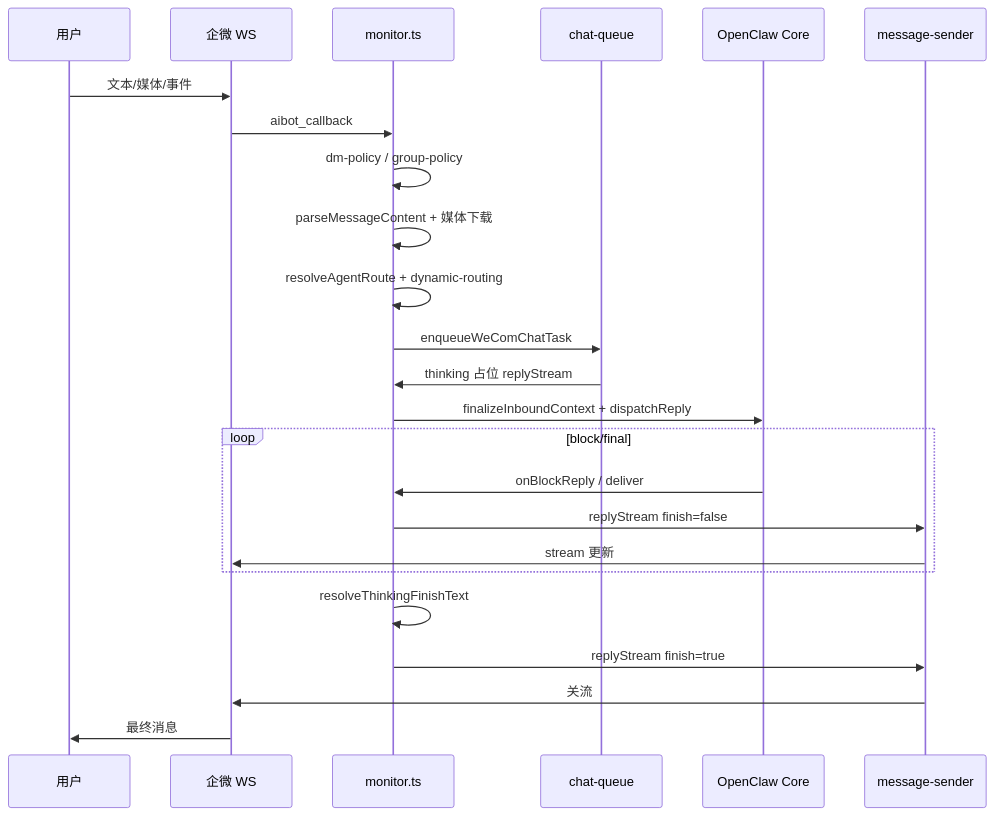
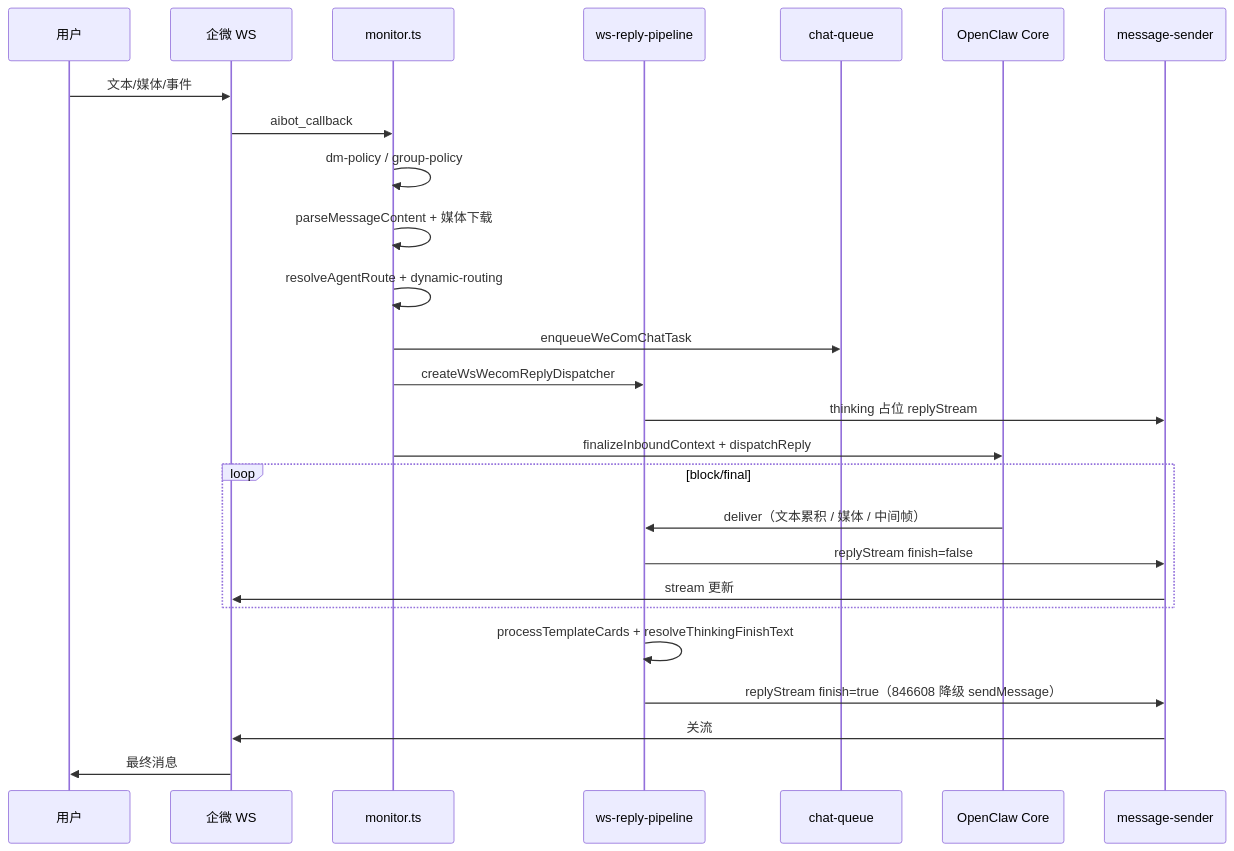
Before and after one commit to partme-ai/openclaw-plugins: the second of 4 diagrams in doc/wecom/OpenClaw-WeCom-Architecture.md, drawn with Mermaid. The commit also changed other lines of this file and 700 other files, not shown here.

````diff
--- a/doc/wecom/OpenClaw-WeCom-Architecture.md
+++ b/doc/wecom/OpenClaw-WeCom-Architecture.md
@@ -191,27 +193,29 @@
 ```mermaid
 sequenceDiagram
   participant U as 用户
   participant WX as 企微 WS
   participant M as monitor.ts
+  participant RP as ws-reply-pipeline
   participant Q as chat-queue
   participant C as OpenClaw Core
   participant S as message-sender
 
   U->>WX: 文本/媒体/事件
   WX->>M: aibot_callback
   M->>M: dm-policy / group-policy
   M->>M: parseMessageContent + 媒体下载
   M->>M: resolveAgentRoute + dynamic-routing
   M->>Q: enqueueWeComChatTask
-  Q->>M: thinking 占位 replyStream
+  M->>RP: createWsWecomReplyDispatcher
+  RP->>S: thinking 占位 replyStream
   M->>C: finalizeInboundContext + dispatchReply
   loop block/final
-    C->>M: onBlockReply / deliver
-    M->>S: replyStream finish=false
+    C->>RP: deliver（文本累积 / 媒体 / 中间帧）
+    RP->>S: replyStream finish=false
     S->>WX: stream 更新
   end
-  M->>M: resolveThinkingFinishText
-  M->>S: replyStream finish=true
+  RP->>RP: processTemplateCards + resolveThinkingFinishText
+  RP->>S: replyStream finish=true（846608 降级 sendMessage）
   S->>WX: 关流
   WX->>U: 最终消息
 ```
````
